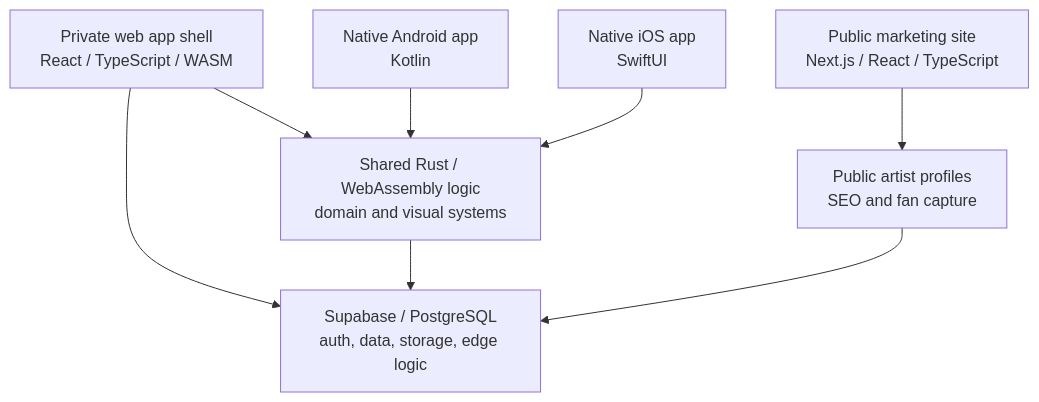
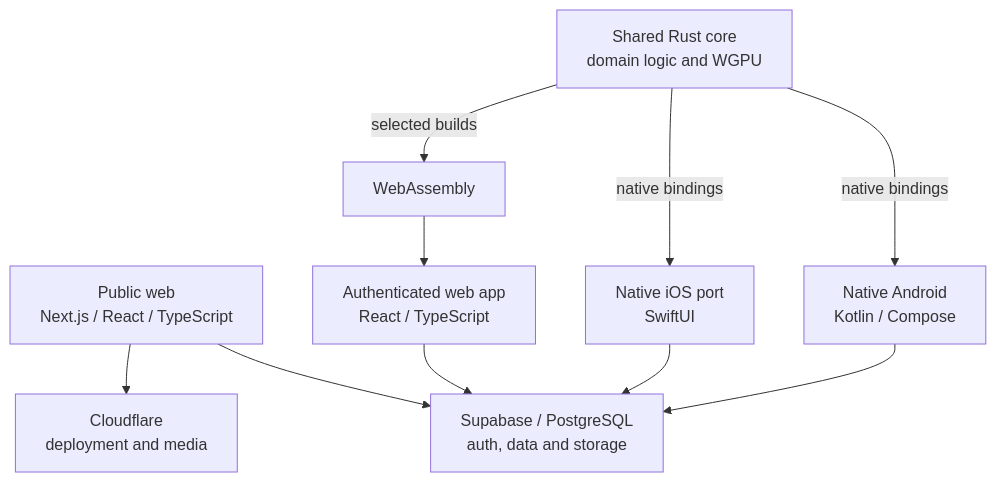
The diagram in README.md (alecrees/metopus-product-case-study), drawn with Mermaid before and after one commit. The commit also changed other lines of this file and 22 other files, not shown here.

````diff
--- a/README.md
+++ b/README.md
@@ -38,10 +61,12 @@
 ```mermaid
 flowchart TD
-    A["Public marketing site<br/>Next.js / React / TypeScript"] --> B["Public artist profiles<br/>SEO and fan capture"]
-    C["Private web app shell<br/>React / TypeScript / WASM"] --> F["Supabase / PostgreSQL<br/>auth, data, storage, edge logic"]
-    C --> G["Shared Rust / WebAssembly logic<br/>domain and visual systems"]
-    D["Native Android app<br/>Kotlin"] --> G
-    E["Native iOS app<br/>SwiftUI"] --> G
-    G --> F
-    B --> F
+    Public["Public web<br/>Next.js / React / TypeScript"] --> Backend["Supabase / PostgreSQL<br/>auth, data and storage"]
+    Rust["Shared Rust core<br/>domain logic and WGPU"] -->|native bindings| Android["Native Android<br/>Kotlin / Compose"]
+    Rust -->|native bindings| IOS["Native iOS port<br/>SwiftUI"]
+    Rust -->|selected builds| Wasm["WebAssembly"]
+    Wasm --> WebApp["Authenticated web app<br/>React / TypeScript"]
+    Android --> Backend
+    IOS --> Backend
+    WebApp --> Backend
+    Public --> Edge["Cloudflare<br/>deployment and media"]
 ```
````
